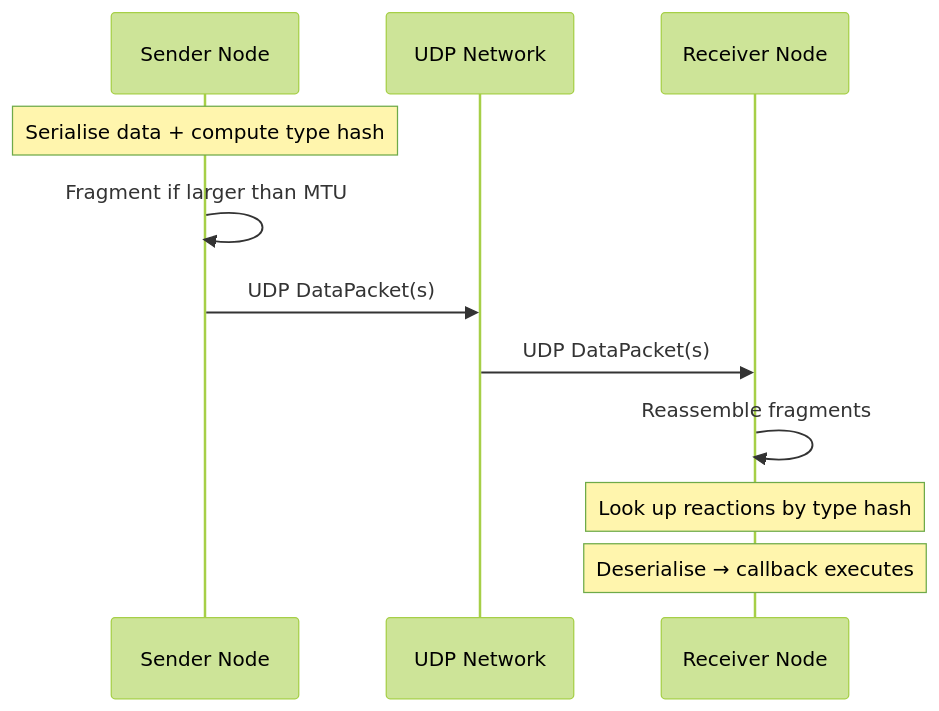
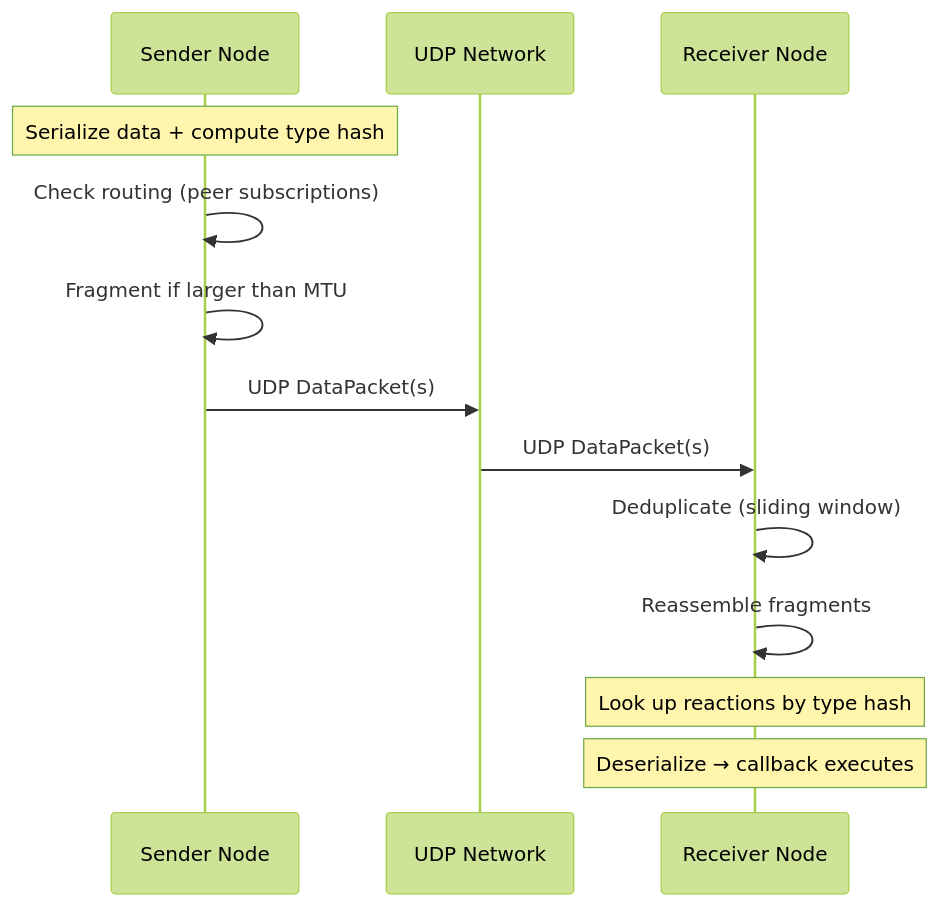
Before and after one commit to Fastcode/NUClear: diagram 12 of 12 in docs/explanation/nuclearnet.md, drawn with Mermaid (forest theme). The commit also changed other lines of this file and 3 other files, not shown here.

````diff
--- a/docs/explanation/nuclearnet.md
+++ b/docs/explanation/nuclearnet.md
@@ -367,14 +500,16 @@
 ```mermaid
 sequenceDiagram
     participant Sender as Sender Node
     participant Net as UDP Network
     participant Receiver as Receiver Node
 
-    Note over Sender: Serialise data + compute type hash
+    Note over Sender: Serialize data + compute type hash
+    Sender->>Sender: Check routing (peer subscriptions)
     Sender->>Sender: Fragment if larger than MTU
     Sender->>Net: UDP DataPacket(s)
     Net->>Receiver: UDP DataPacket(s)
+    Receiver->>Receiver: Deduplicate (sliding window)
     Receiver->>Receiver: Reassemble fragments
     Note over Receiver: Look up reactions by type hash
-    Note over Receiver: Deserialise → callback executes
+    Note over Receiver: Deserialize → callback executes
 ```
````
